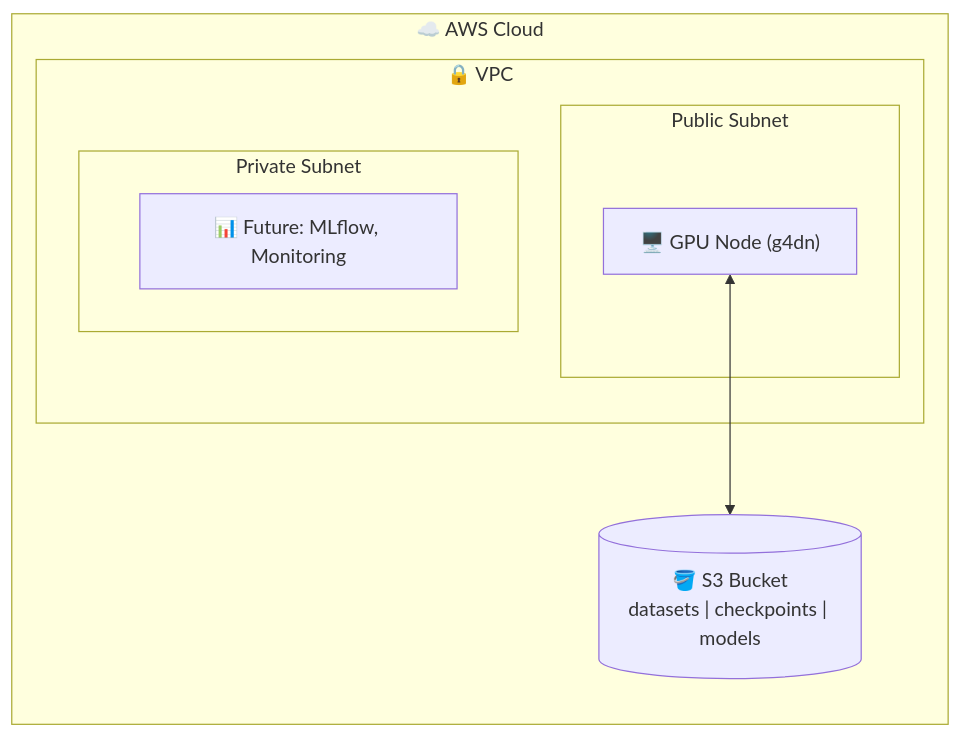
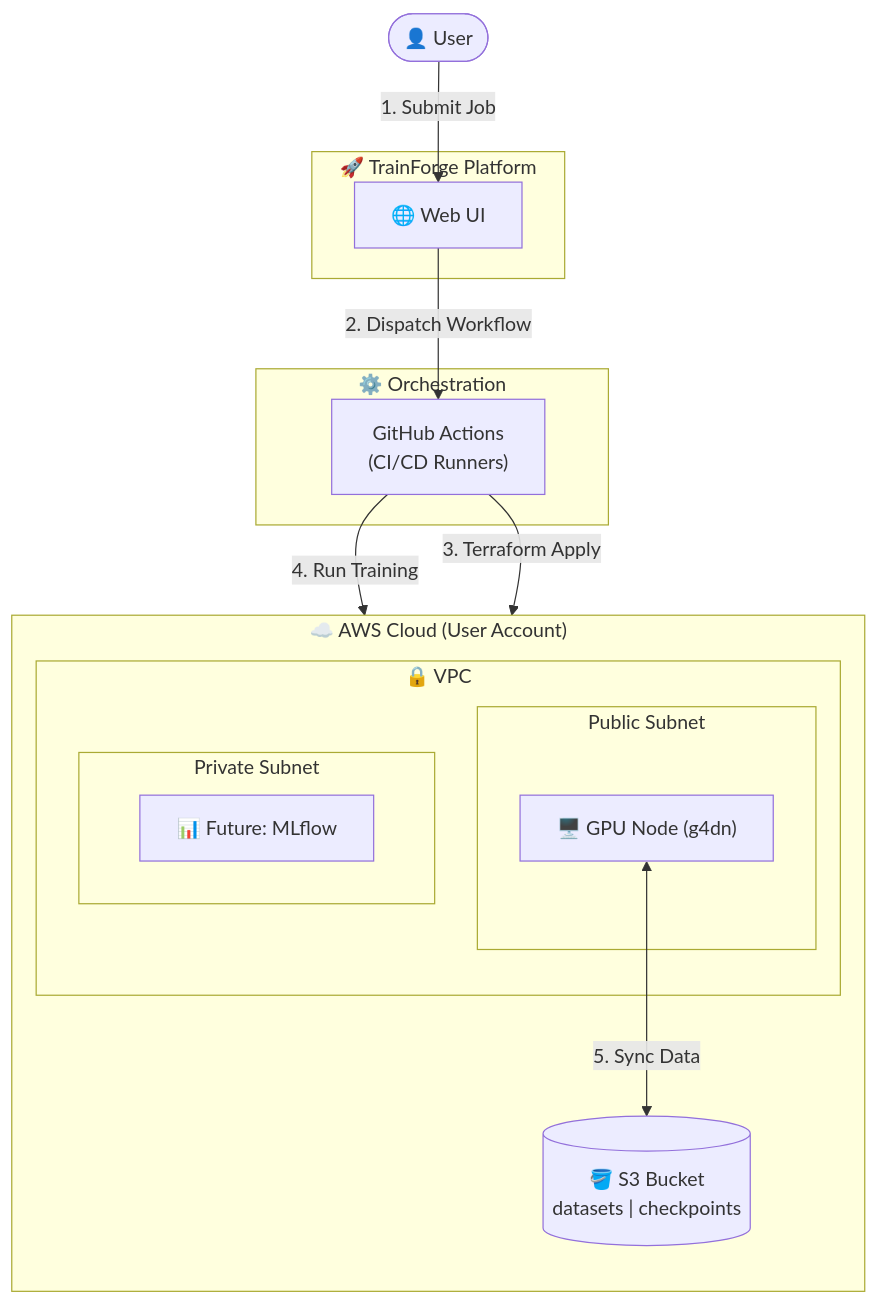
The second of 2 diagrams in README.md (digsh0t/trainforge), drawn with Mermaid before and after one commit.

Commit message:
update the architecture session

````diff
--- a/README.md
+++ b/README.md
@@ -36,18 +29,32 @@
 ```mermaid
 graph TB
-    subgraph AWS["☁️ AWS Cloud"]
+    User([👤 User])
+
+    subgraph Platform["🚀 TrainForge Platform"]
+        Web["🌐 Web UI"]
+    end
+
+    subgraph Orchestration["⚙️ Orchestration"]
+        GH["GitHub Actions<br/>(CI/CD Runners)"]
+    end
+
+    subgraph AWS["☁️ AWS Cloud (User Account)"]
         direction TB
         subgraph VPC["🔒 VPC"]
             subgraph Public["Public Subnet"]
                 GPU["🖥️ GPU Node (g4dn)"]
             end
             subgraph Private["Private Subnet"]
-                Monitor["📊 Future: MLflow, Monitoring"]
+                Monitor["📊 Future: MLflow"]
             end
         end
 
-        S3[("🪣 S3 Bucket<br/>datasets | checkpoints | models")]
+        S3[("🪣 S3 Bucket<br/>datasets | checkpoints")]
     end
 
-    GPU <--> S3
+    User -->|1. Submit Job| Web
+    Web -->|2. Dispatch Workflow| GH
+    GH -->|3. Terraform Apply| VPC
+    GH -->|4. Run Training| GPU
+    GPU <-->|5. Sync Data| S3
 ```
````
